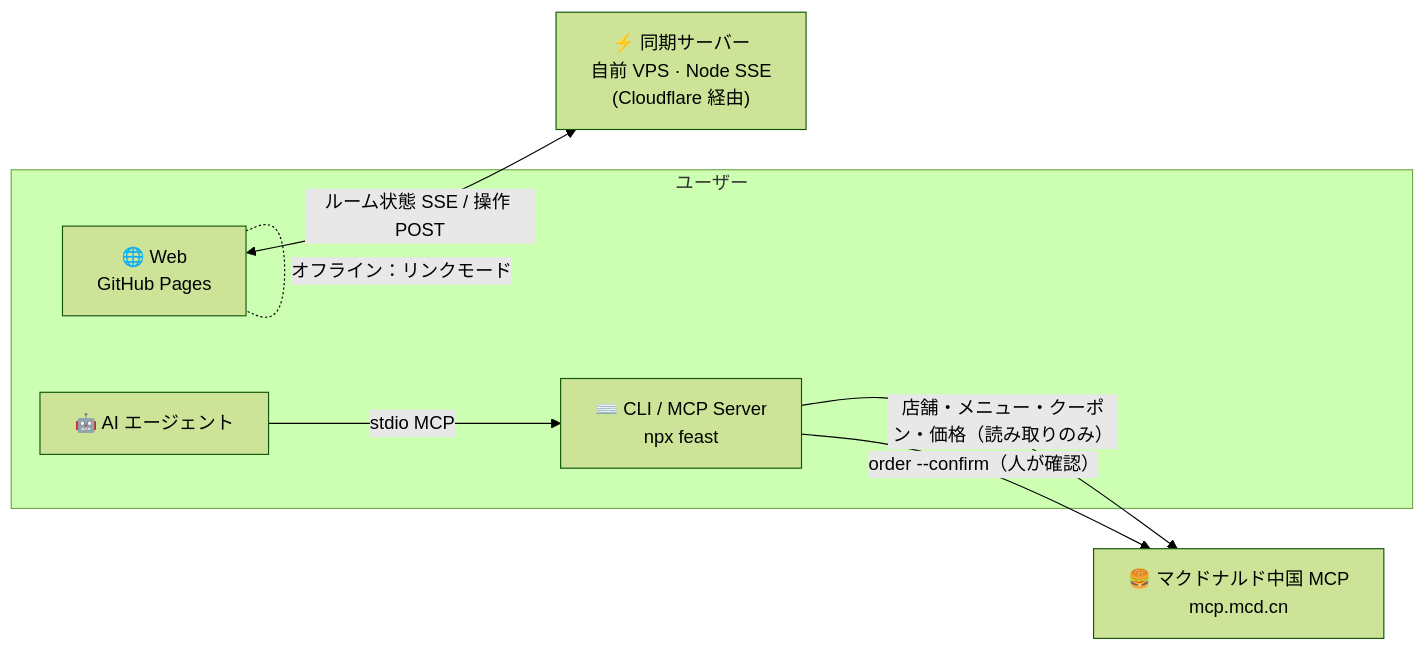
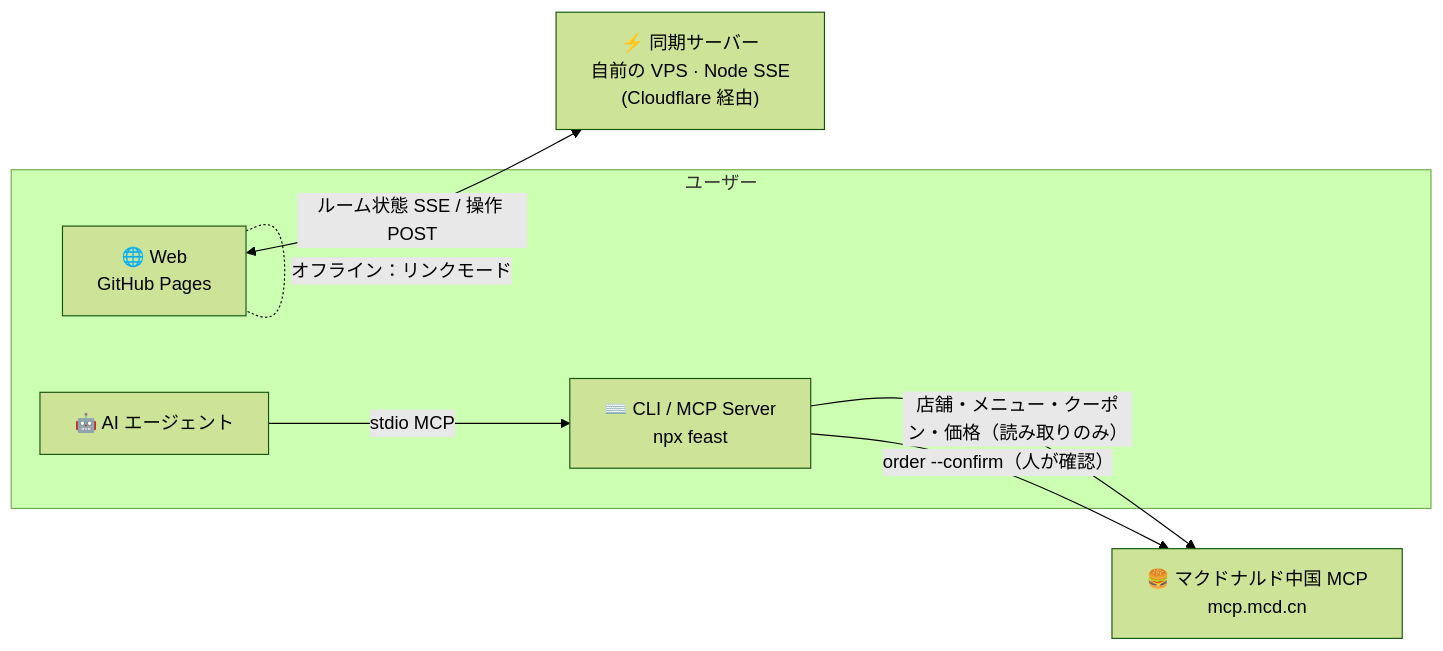
One commit to Jasonin2099/mcd-team-feast changed the diagram in README.ja.md. Above: the diagram before and after it, drawn with Mermaid (forest theme). The commit also changed 12 other files, not shown here.

````diff
--- a/README.ja.md
+++ b/README.ja.md
@@ -71,15 +71,15 @@
 ```mermaid
 flowchart LR
   subgraph ユーザー
     W["🌐 Web<br/>GitHub Pages"]
     C["⌨️ CLI / MCP Server<br/>npx feast"]
     A["🤖 AI エージェント"]
   end
-  S["⚡ 同期サーバー<br/>自前 VPS · Node SSE<br/>(Cloudflare 経由)"]
+  S["⚡ 同期サーバー<br/>自前の VPS · Node SSE<br/>(Cloudflare 経由)"]
   M["🍔 マクドナルド中国 MCP<br/>mcp.mcd.cn"]
   W <-- "ルーム状態 SSE / 操作 POST" --> S
   W -. "オフライン：リンクモード" .- W
   A -- "stdio MCP" --> C
   C -- "店舗・メニュー・クーポン・価格（読み取りのみ）" --> M
   C -- "order --confirm（人が確認）" --> M
 ```
````
